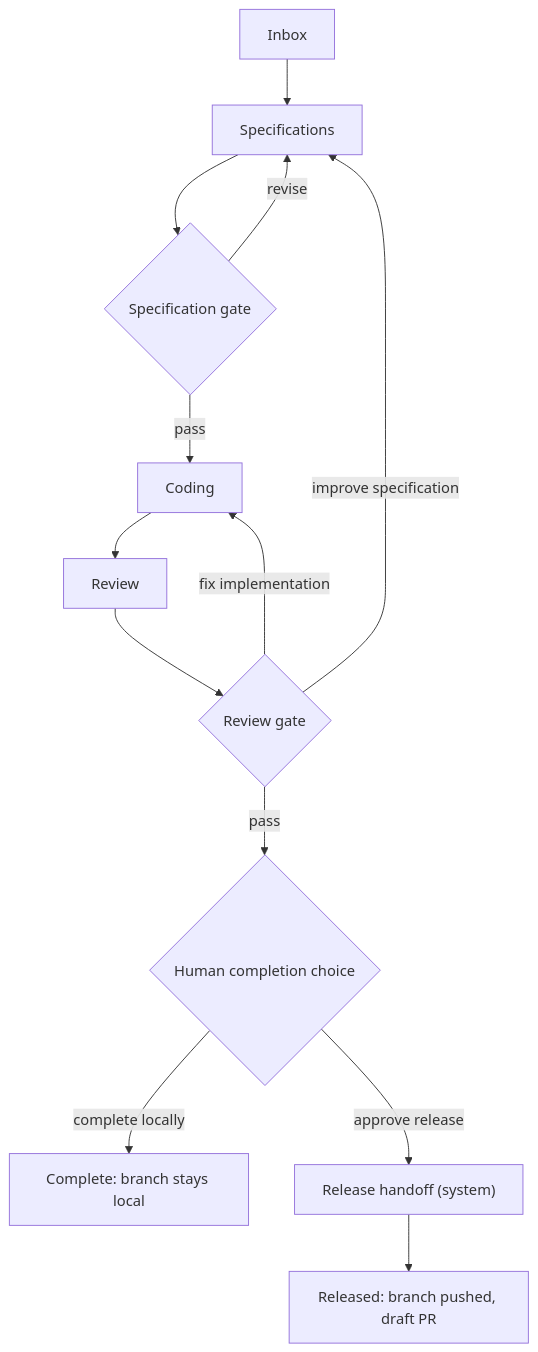
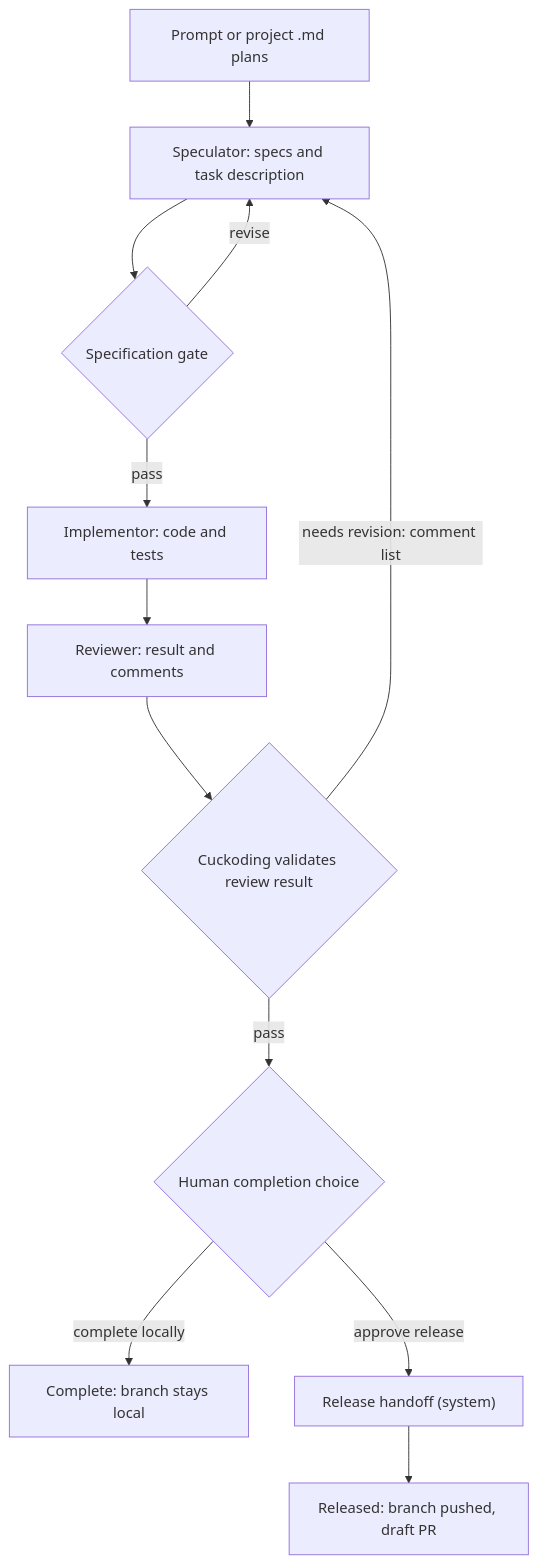
One commit to mpakus/cuckoding.com changed the diagram in docs/FLOW.md. Above: the diagram before and after it, drawn with Mermaid. The commit also changed other lines of this file and 20 other files, not shown here.

````diff
--- a/docs/FLOW.md
+++ b/docs/FLOW.md
@@ -91,15 +98,14 @@
 ```mermaid
 flowchart TD
-    I["Inbox"] --> S["Specifications"]
+    I["Prompt or project .md plans"] --> S["Speculator: specs and task description"]
     S --> G1{"Specification gate"}
-    G1 -->|pass| D["Coding"]
+    G1 -->|pass| D["Implementor: code and tests"]
     G1 -->|revise| S
-    D --> Q["Review"]
-    Q --> G2{"Review gate"}
-    G2 -->|fix implementation| D
-    G2 -->|improve specification| S
+    D --> Q["Reviewer: result and comments"]
+    Q --> G2{"Cuckoding validates review result"}
+    G2 -->|needs revision: comment list| S
     G2 -->|pass| H{"Human completion choice"}
     H -->|complete locally| X["Complete: branch stays local"]
     H -->|approve release| R["Release handoff (system)"]
     R --> Z["Released: branch pushed, draft PR"]
 ```
````
